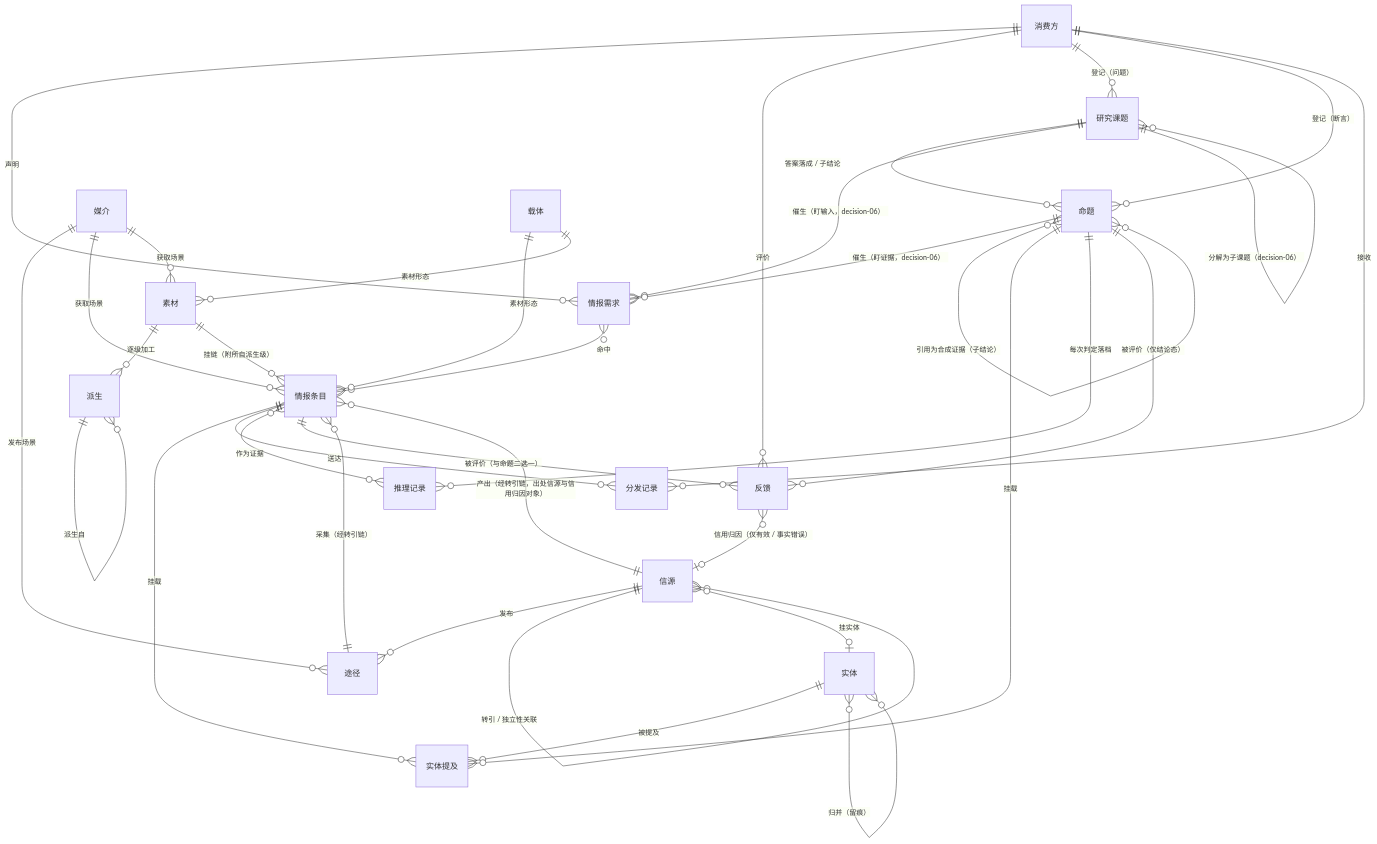
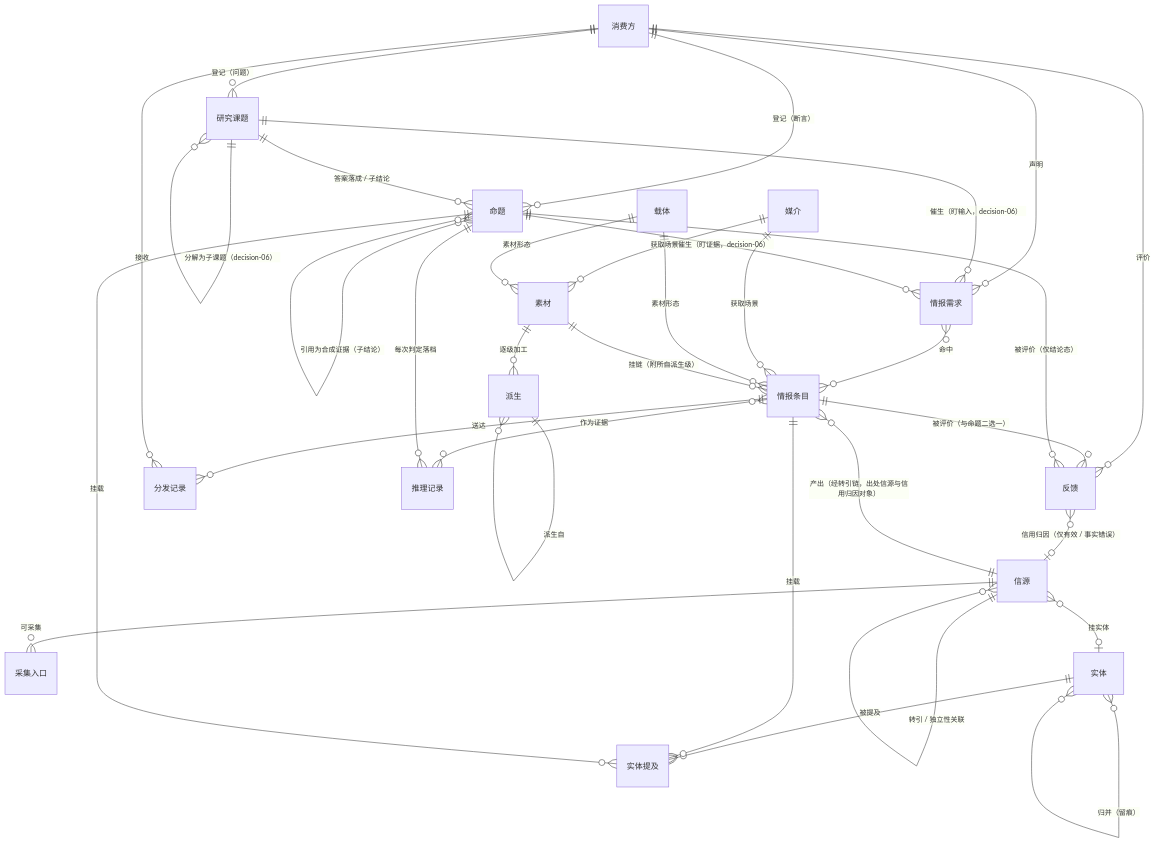
One commit to leoricmaster/iih changed the third of 8 diagrams in backlog/docs/doc-02 - 领域模型-Domain-Model.md. Above: the diagram before and after it, drawn with Mermaid. The commit also changed other lines of this file and 36 other files, not shown here.

````diff
--- a/backlog/docs/doc-02 - 领域模型-Domain-Model.md
+++ b/backlog/docs/doc-02 - 领域模型-Domain-Model.md
@@ -68,37 +68,35 @@
 ```mermaid
 erDiagram
     消费方 ||--o{ 情报需求 : "声明"
     消费方 ||--o{ 反馈 : "评价"
     消费方 ||--o{ 研究课题 : "登记（问题）"
     消费方 ||--o{ 命题 : "登记（断言）"
     研究课题 ||--o{ 命题 : "答案落成 / 子结论"
     研究课题 ||--o{ 情报需求 : "催生（盯输入，decision-06）"
     命题 ||--o{ 情报需求 : "催生（盯证据，decision-06）"
     研究课题 ||--o{ 研究课题 : "分解为子课题（decision-06）"
     命题 }o--o{ 命题 : "引用为合成证据（子结论）"
     情报需求 }o--o{ 情报条目 : "命中"
-    媒介 ||--o{ 途径 : "发布场景"
     媒介 ||--o{ 情报条目 : "获取场景"
     载体 ||--o{ 情报条目 : "素材形态"
     媒介 ||--o{ 素材 : "获取场景"
     载体 ||--o{ 素材 : "素材形态"
     素材 ||--o{ 派生 : "逐级加工"
     派生 ||--o{ 派生 : "派生自"
     素材 ||--o{ 情报条目 : "挂链（附所自派生级）"
-    信源 ||--o{ 途径 : "发布"
-    途径 ||--o{ 情报条目 : "采集（经转引链）"
+    信源 ||--o{ 采集入口 : "可采集"
     信源 ||--o{ 情报条目 : "产出（经转引链，出处信源与信用归因对象）"
     信源 ||--o{ 信源 : "转引 / 独立性关联"
     信源 }o--o| 实体 : "挂实体"
     实体 ||--o{ 实体提及 : "被提及"
     情报条目 ||--o{ 实体提及 : "挂载"
     命题 ||--o{ 实体提及 : "挂载"
     实体 }o--o{ 实体 : "归并（留痕）"
     情报条目 ||--o{ 分发记录 : "送达"
     消费方 ||--o{ 分发记录 : "接收"
     情报条目 }o--o{ 推理记录 : "作为证据"
     命题 ||--o{ 推理记录 : "每次判定落档"
     情报条目 ||--o{ 反馈 : "被评价（与命题二选一）"
     命题 ||--o{ 反馈 : "被评价（仅结论态）"
     反馈 }o--o| 信源 : "信用归因（仅有效 / 事实错误）"
 ```
````
